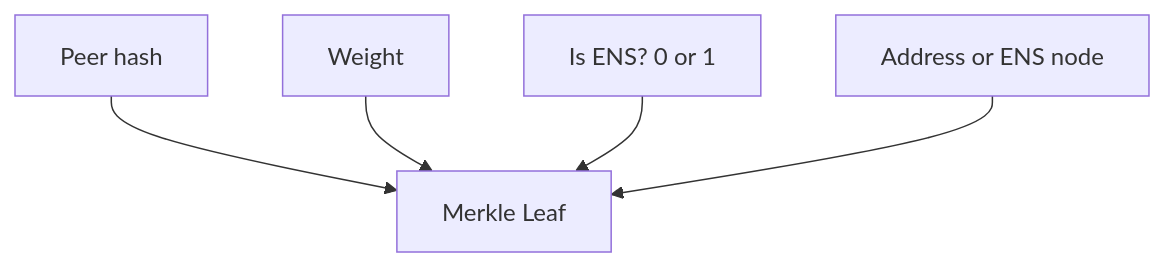
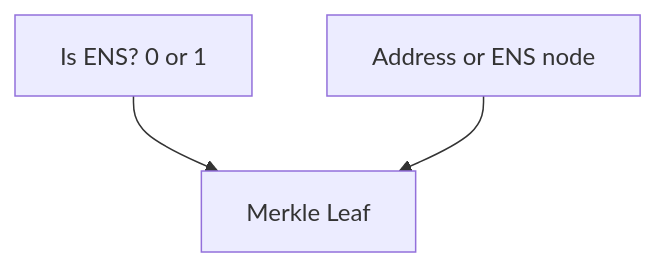
One commit to ethereum/EIPs changed the eighth of 17 diagrams in EIPS/eip-2429.md. Above: the diagram before and after it, drawn with Mermaid. The commit also changed other lines of this file, not shown here.

Commit message:
simplify leafs, weight as siblings, drop Tdiv, hashPeer->partialReveal

````diff
--- a/EIPS/eip-2429.md
+++ b/EIPS/eip-2429.md
@@ -222,14 +220,9 @@
 ```mermaid
 	graph TB
-
-        hash_to_peer["Peer hash"]
-        weight["Weight"]
         is_ens["Is ENS? 0 or 1"]
         ethereum_address["Address or ENS node"]
         merkle_leaf["Merkle Leaf"]  
 
-        hash_to_peer --> merkle_leaf;
-        weight --> merkle_leaf; 
         is_ens --> merkle_leaf;
         ethereum_address --> merkle_leaf
 ```
````
